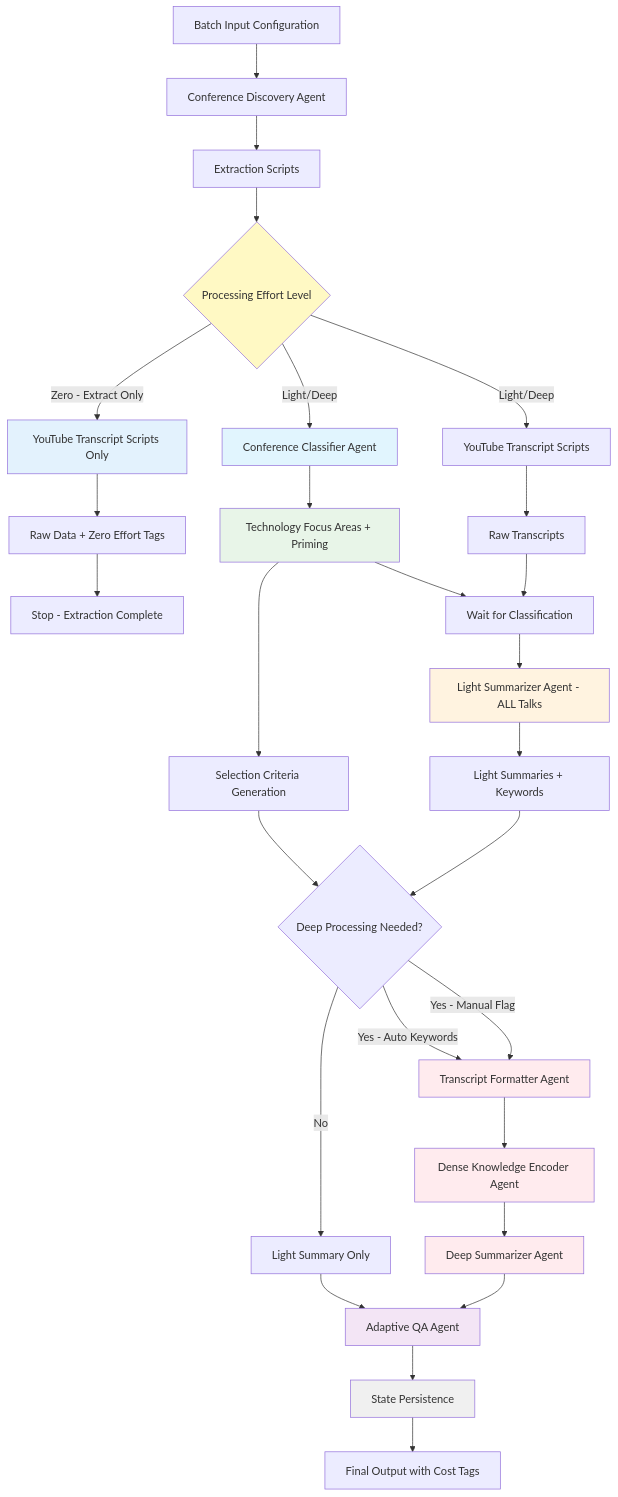
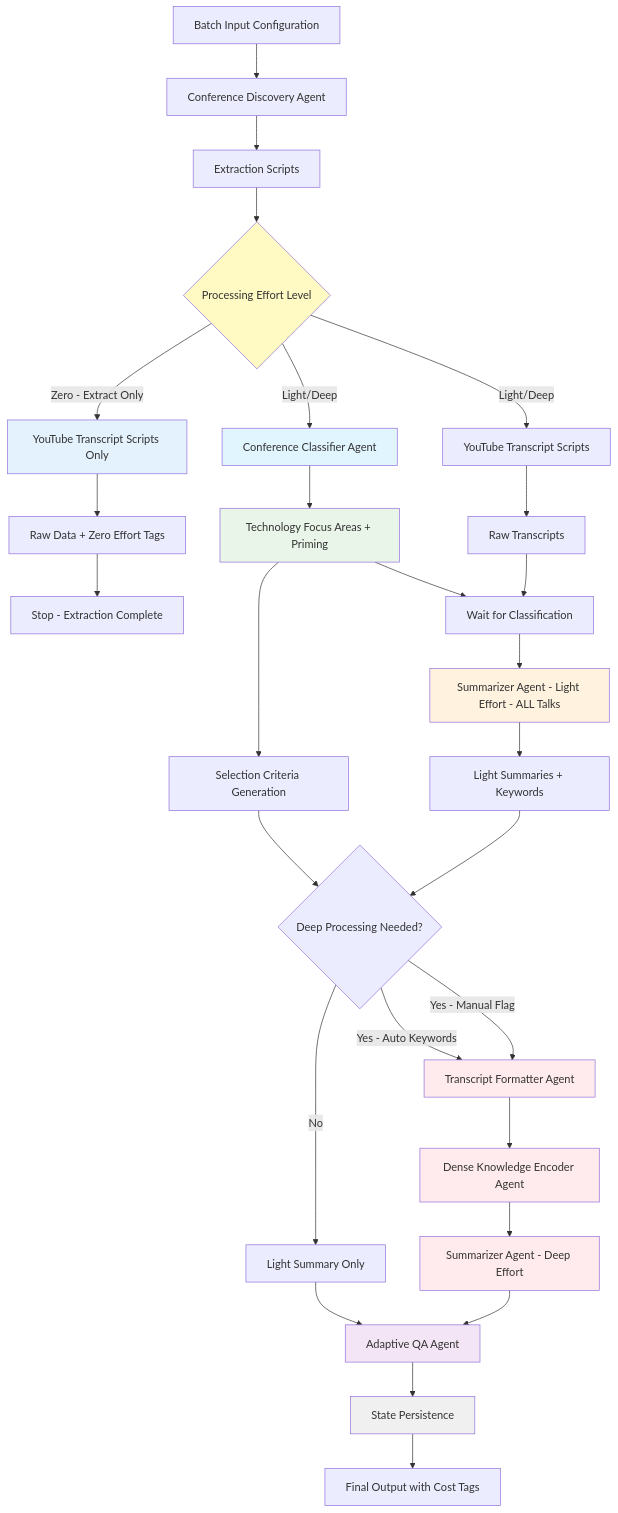
Before and after one commit to lago-morph/conference-summaries: the third of 6 diagrams in specs/conference-extractor/requirements.md, drawn with Mermaid. The commit also changed other lines of this file, not shown here.

First line of the commit message:
Finalize requirements organization and fix agent architecture

````diff
--- a/specs/conference-extractor/requirements.md
+++ b/specs/conference-extractor/requirements.md
@@ -235,50 +271,50 @@
 ```mermaid
 graph TD
     A[Batch Input Configuration] --> B[Conference Discovery Agent]
     B --> C[Extraction Scripts]
     
     C --> D{Processing Effort Level}
     D -->|Zero - Extract Only| E[YouTube Transcript Scripts Only]
     D -->|Light/Deep| F[Conference Classifier Agent]
     D -->|Light/Deep| G[YouTube Transcript Scripts]
     
     E --> H[Raw Data + Zero Effort Tags]
     H --> I[Stop - Extraction Complete]
     
     F --> J[Technology Focus Areas + Priming]
     G --> K[Raw Transcripts]
     
     J --> L[Wait for Classification]
     K --> L
-    L --> M[Light Summarizer Agent - ALL Talks]
+    L --> M[Summarizer Agent - Light Effort - ALL Talks]
     
     J --> N[Selection Criteria Generation]
     M --> O[Light Summaries + Keywords]
     
     N --> P{Deep Processing Needed?}
     O --> P
     
     P -->|Yes - Auto Keywords| Q[Transcript Formatter Agent]
     P -->|Yes - Manual Flag| Q
     P -->|No| R[Light Summary Only]
     
     Q --> S[Dense Knowledge Encoder Agent]
-    S --> T[Deep Summarizer Agent]
+    S --> T[Summarizer Agent - Deep Effort]
     
     R --> U[Adaptive QA Agent]
     T --> U
     
     U --> V[State Persistence]
     V --> W[Final Output with Cost Tags]
     
     style D fill:#fff9c4
     style E fill:#e3f2fd
     style F fill:#e1f5fe
     style J fill:#e8f5e8
     style M fill:#fff3e0
     style Q fill:#ffebee
     style S fill:#ffebee
     style T fill:#ffebee
     style U fill:#f3e5f5
     style V fill:#f0f0f0
 ```
````
